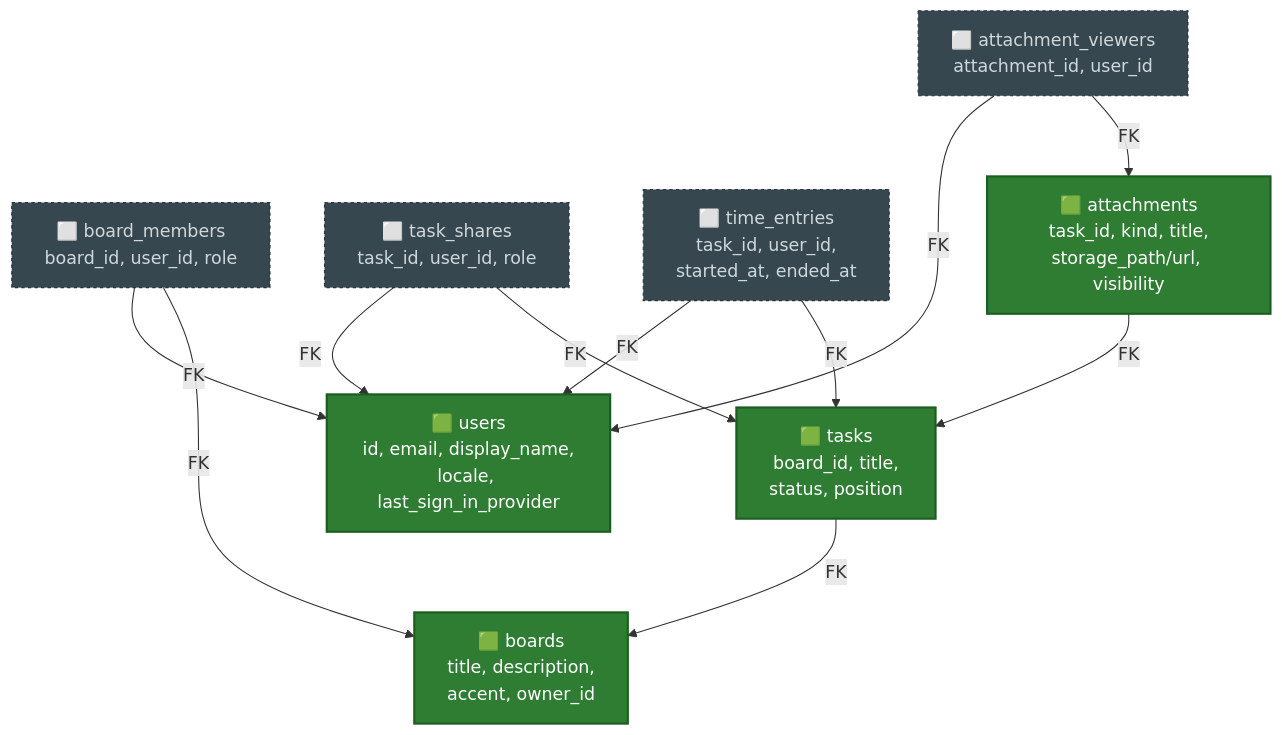
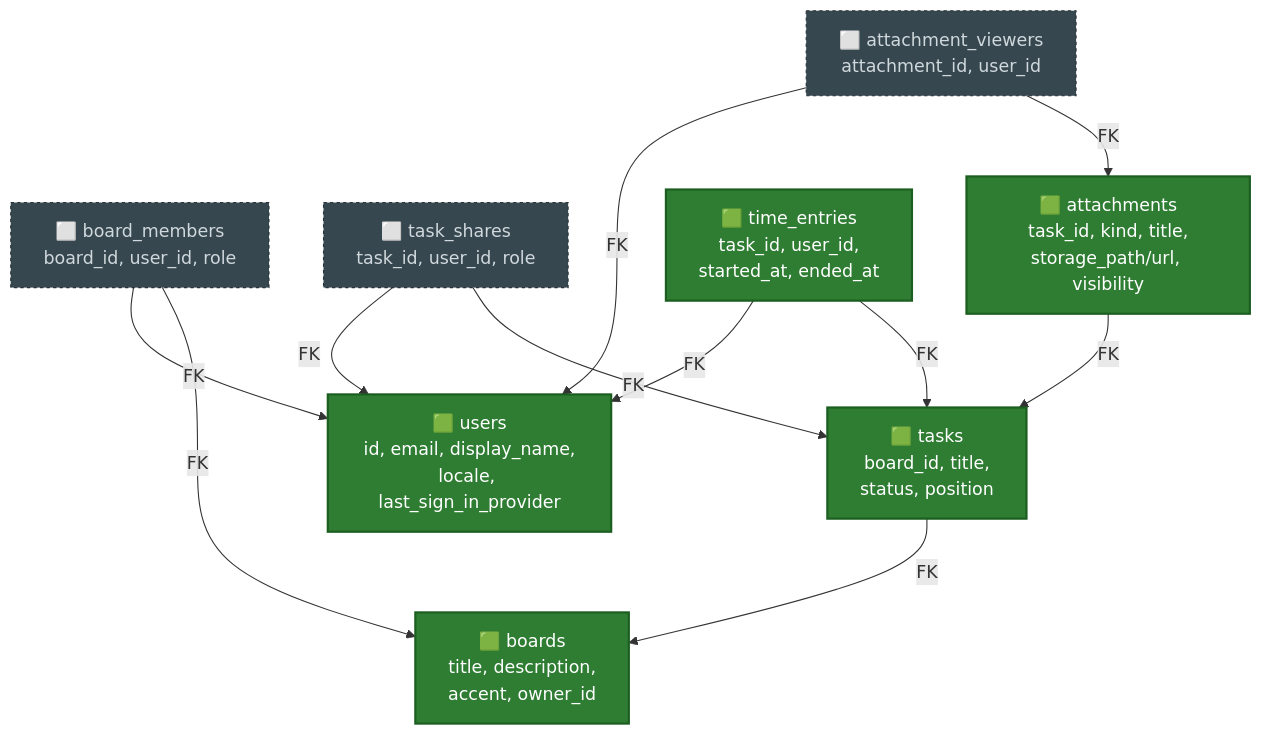
The fourth of 4 diagrams in PROJECT_MAP.md (ansukhorukova/learn-it), drawn with Mermaid before and after one commit. The commit also changed other lines of this file and 37 other files, not shown here.

Commit message:
attachments + time entries

````diff
--- a/PROJECT_MAP.md
+++ b/PROJECT_MAP.md
@@ -152,32 +151,32 @@
 ```mermaid
 graph TD
   classDef done fill:#2e7d32,color:#ffffff,stroke:#1b5e20,stroke-width:2px;
   classDef progress fill:#f9a825,color:#1a1a1a,stroke:#f57f17,stroke-width:2px;
   classDef planned fill:#37474f,color:#cfd8dc,stroke:#263238,stroke-width:1px,stroke-dasharray: 3 3;
 
   DB_BoardMembers["⬜ board_members<br/>board_id, user_id, role"]
   DB_TaskShares["⬜ task_shares<br/>task_id, user_id, role"]
-  DB_TimeEntries["⬜ time_entries<br/>task_id, user_id,<br/>started_at, ended_at"]
   DB_AttachmentViewers["⬜ attachment_viewers<br/>attachment_id, user_id"]
 
   DB_Users["🟩 users<br/>id, email, display_name,<br/>locale, last_sign_in_provider"]
   DB_Attachments["🟩 attachments<br/>task_id, kind, title,<br/>storage_path/url, visibility"]
+  DB_TimeEntries["🟩 time_entries<br/>task_id, user_id,<br/>started_at, ended_at"]
 
   DB_Tasks["🟩 tasks<br/>board_id, title,<br/>status, position"]
 
   DB_Boards["🟩 boards<br/>title, description,<br/>accent, owner_id"]
 
   DB_BoardMembers -->|FK| DB_Boards
   DB_BoardMembers -->|FK| DB_Users
   DB_TaskShares -->|FK| DB_Tasks
   DB_TaskShares -->|FK| DB_Users
   DB_TimeEntries -->|FK| DB_Tasks
   DB_TimeEntries -->|FK| DB_Users
   DB_AttachmentViewers -->|FK| DB_Attachments
   DB_AttachmentViewers -->|FK| DB_Users
   DB_Attachments -->|FK| DB_Tasks
   DB_Tasks -->|FK| DB_Boards
 
-  class DB_Users,DB_Tasks,DB_Boards,DB_Attachments done;
-  class DB_BoardMembers,DB_TaskShares,DB_TimeEntries,DB_AttachmentViewers planned;
+  class DB_Users,DB_Tasks,DB_Boards,DB_Attachments,DB_TimeEntries done;
+  class DB_BoardMembers,DB_TaskShares,DB_AttachmentViewers planned;
 ```
````
